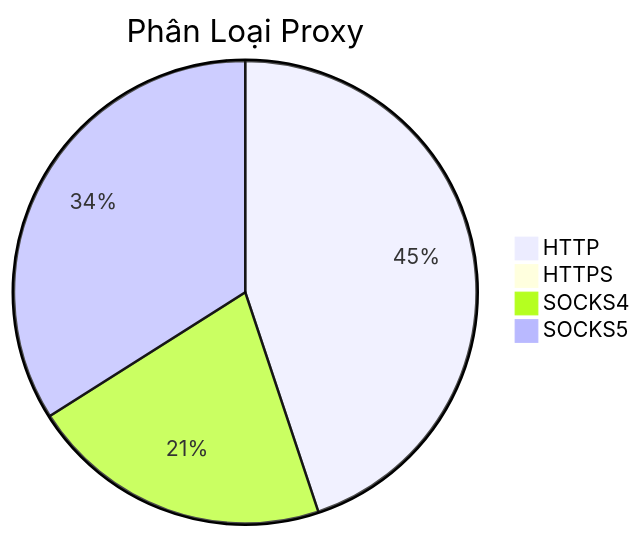
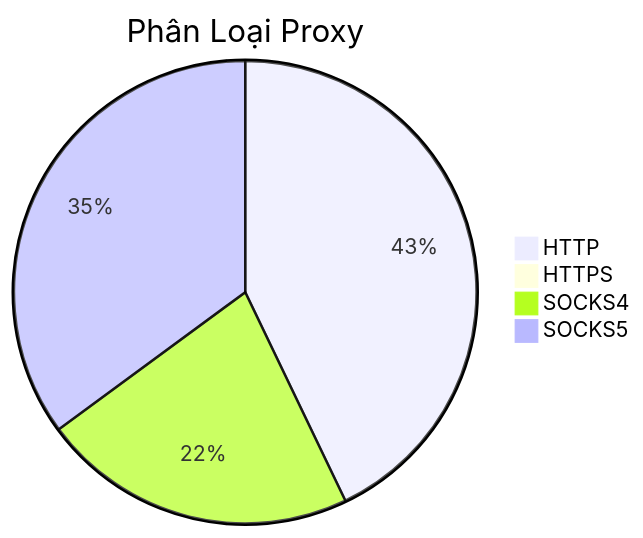
One commit to Ciara-12/PROXY-free changed the diagram in README.md. Above: the diagram before and after it, drawn with Mermaid. The commit also changed other lines of this file and 4 other files, not shown here.

````diff
--- a/README.md
+++ b/README.md
@@ -26,7 +26,7 @@
 ```mermaid
 pie title Phân Loại Proxy
-    "HTTP" : 737
-    "HTTPS" : 2
-    "SOCKS4" : 347
-    "SOCKS5" : 558
+    "HTTP" : 743
+    "HTTPS" : 1
+    "SOCKS4" : 382
+    "SOCKS5" : 608
 ```
````
